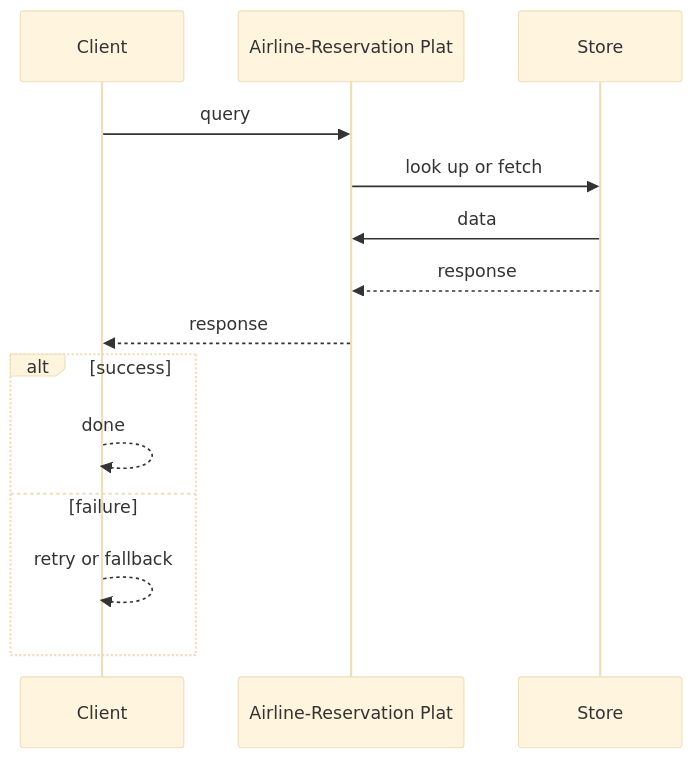
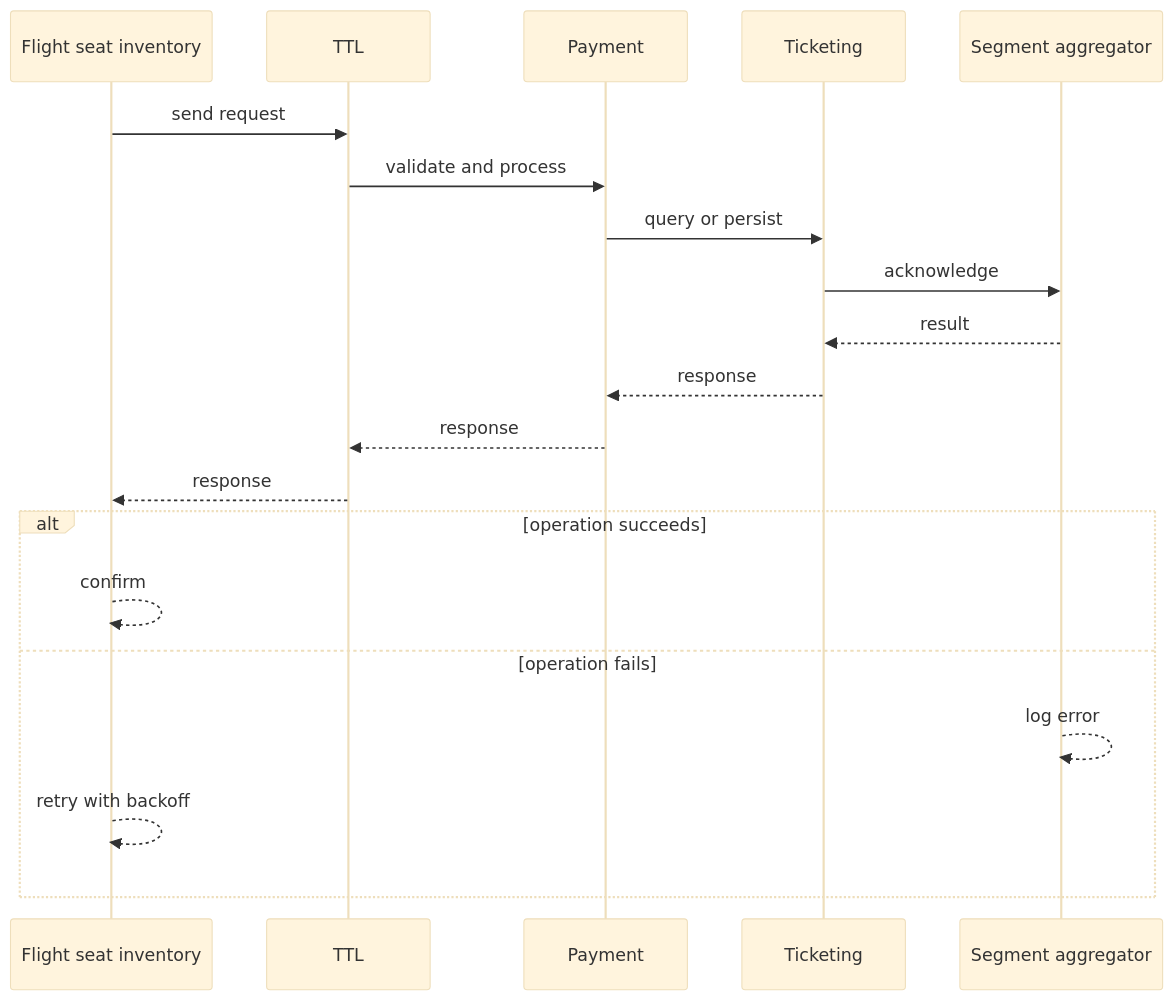
Before and after one commit to RIT-MESH/system-design-mastery: the second of 4 diagrams in case-studies/advanced/airline-reservation.md, drawn with Mermaid (base theme). The commit also changed other lines of this file and 64 other files, not shown here.

````diff
--- a/case-studies/advanced/airline-reservation.md
+++ b/case-studies/advanced/airline-reservation.md
@@ -78,17 +67,23 @@
 ```mermaid
 %% created-for: system-design-mastery
 sequenceDiagram
-  participant P0 as Client
-  participant P1 as Airline-Reservation Plat
-  participant P2 as Store
-  P0 ->> P1: query
-  P1 ->> P2: look up or fetch
-  P2 ->> P1: data
-  P2 -->> P1: response
-  P1 -->> P0: response
-  alt success
-    P0 -->> P0: done
-  else failure
-    P0 -->> P0: retry or fallback
+  participant C0 as Flight seat inventory
+  participant C1 as TTL
+  participant C2 as Payment
+  participant C3 as Ticketing
+  participant C4 as Segment aggregator
+  C0 ->> C1: send request
+  C1 ->> C2: validate and process
+  C2 ->> C3: query or persist
+  C3 ->> C4: acknowledge
+  C4 -->> C3: result
+  C3 -->> C2: response
+  C2 -->> C1: response
+  C1 -->> C0: response
+  alt operation succeeds
+    C0 -->> C0: confirm
+  else operation fails
+    C4 -->> C4: log error
+    C0 -->> C0: retry with backoff
   end
 ```
````
